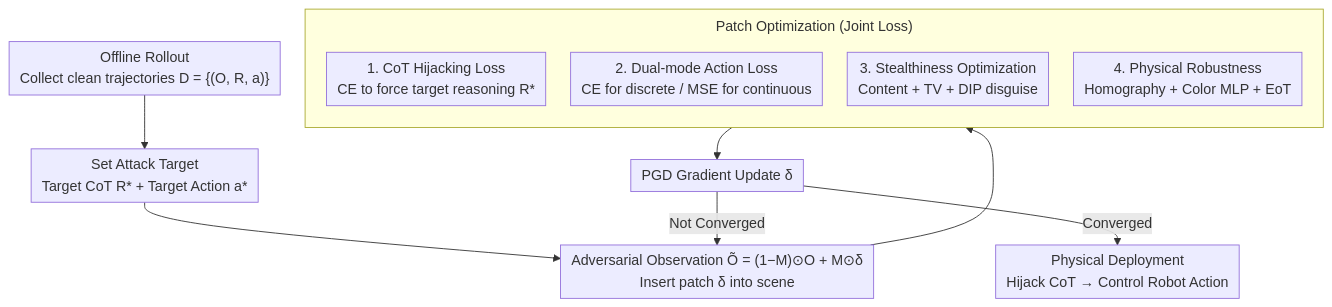
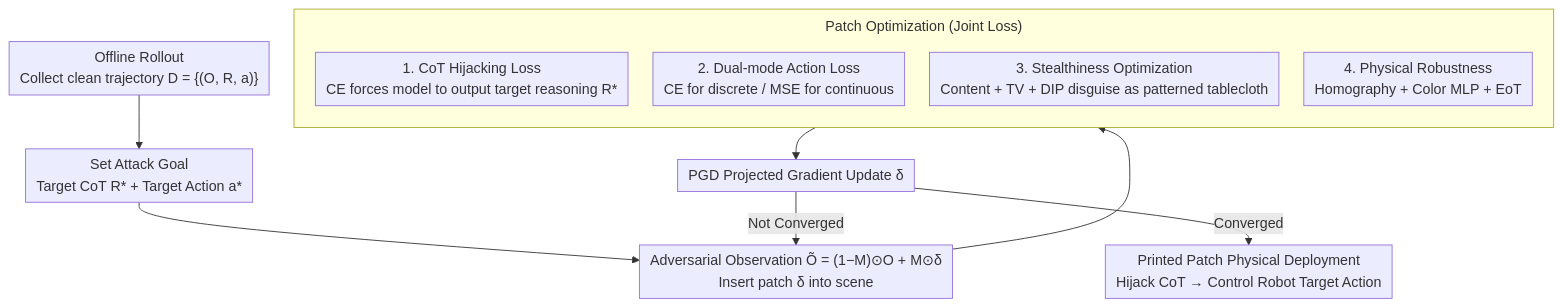
The diagram in docs/ICML2026/multimodal_vlm/trap_hijacking_vla_cot-reasoning_via_adversarial_patches.md (zhaoyang97/Paper-Notes-en), drawn with Mermaid before and after one commit. The commit also changed other lines of this file and 5084 other files, not shown here.

````diff
--- a/docs/ICML2026/multimodal_vlm/trap_hijacking_vla_cot-reasoning_via_adversarial_patches.md
+++ b/docs/ICML2026/multimodal_vlm/trap_hijacking_vla_cot-reasoning_via_adversarial_patches.md
@@ -47,17 +47,17 @@
 ```mermaid
 %%{init: {'flowchart': {'rankSpacing': 24, 'nodeSpacing': 28, 'padding': 6, 'wrappingWidth': 400, 'subGraphTitleMargin': {'top': 8, 'bottom': 16}}}}%%
 flowchart TD
-    A["Offline Rollout<br/>Collect clean trajectories D = {(O, R, a)}"] --> B["Set Attack Target<br/>Target CoT R* + Target Action a*"]
+    A["Offline Rollout<br/>Collect clean trajectory D = {(O, R, a)}"] --> B["Set Attack Goal<br/>Target CoT R* + Target Action a*"]
     B --> C["Adversarial Observation Õ = (1−M)⊙O + M⊙δ<br/>Insert patch δ into scene"]
     C --> OPT
     subgraph OPT["Patch Optimization (Joint Loss)"]
         direction TB
-        D["1. CoT Hijacking Loss<br/>CE to force target reasoning R*"]
+        D["1. CoT Hijacking Loss<br/>CE forces model to output target reasoning R*"]
         E["2. Dual-mode Action Loss<br/>CE for discrete / MSE for continuous"]
-        F["3. Stealthiness Optimization<br/>Content + TV + DIP disguise"]
+        F["3. Stealthiness Optimization<br/>Content + TV + DIP disguise as patterned tablecloth"]
         G["4. Physical Robustness<br/>Homography + Color MLP + EoT"]
     end
-    OPT --> H["PGD Gradient Update δ"]
+    OPT --> H["PGD Projected Gradient Update δ"]
     H -->|Not Converged| C
-    H -->|Converged| I["Physical Deployment<br/>Hijack CoT → Control Robot Action"]
+    H -->|Converged| I["Printed Patch Physical Deployment<br/>Hijack CoT → Control Robot Target Action"]
 ```
````
